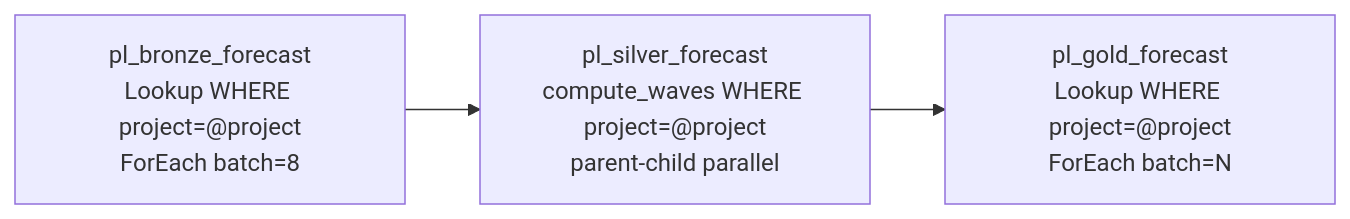
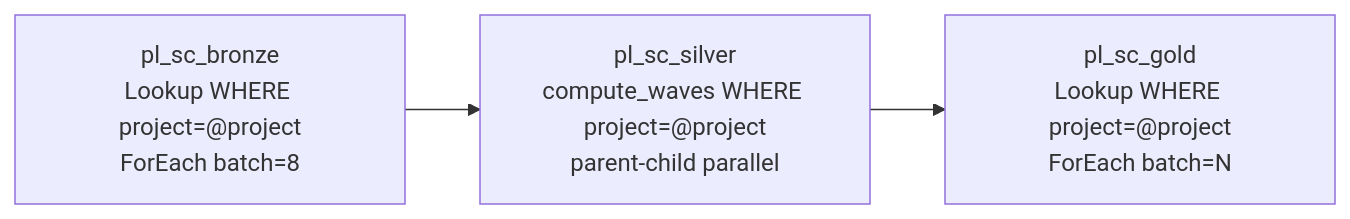
One commit to ankinguyen-engineer-2002/Fabric-v9-Warehouse-Medallion changed the eighth of 8 diagrams in Fabric_Architect/multi_mart_scale_architecture.md. Above: the diagram before and after it, drawn with Mermaid. The commit also changed other lines of this file and 13 other files, not shown here.

First line of the commit message:
Multi-mart architecture: full doc overhaul — 14 files, 7 pipelines

````diff
--- a/Fabric_Architect/multi_mart_scale_architecture.md
+++ b/Fabric_Architect/multi_mart_scale_architecture.md
@@ -365,7 +365,7 @@
 ```mermaid
 flowchart LR
-    B["pl_bronze_forecast\nLookup WHERE project=@project\nForEach batch=8"]
-    S["pl_silver_forecast\ncompute_waves WHERE project=@project\nparent-child parallel"]
-    G["pl_gold_forecast\nLookup WHERE project=@project\nForEach batch=N"]
+    B["pl_sc_bronze\nLookup WHERE project=@project\nForEach batch=8"]
+    S["pl_sc_silver\ncompute_waves WHERE project=@project\nparent-child parallel"]
+    G["pl_sc_gold\nLookup WHERE project=@project\nForEach batch=N"]
     B --> S --> G
 ```
````
